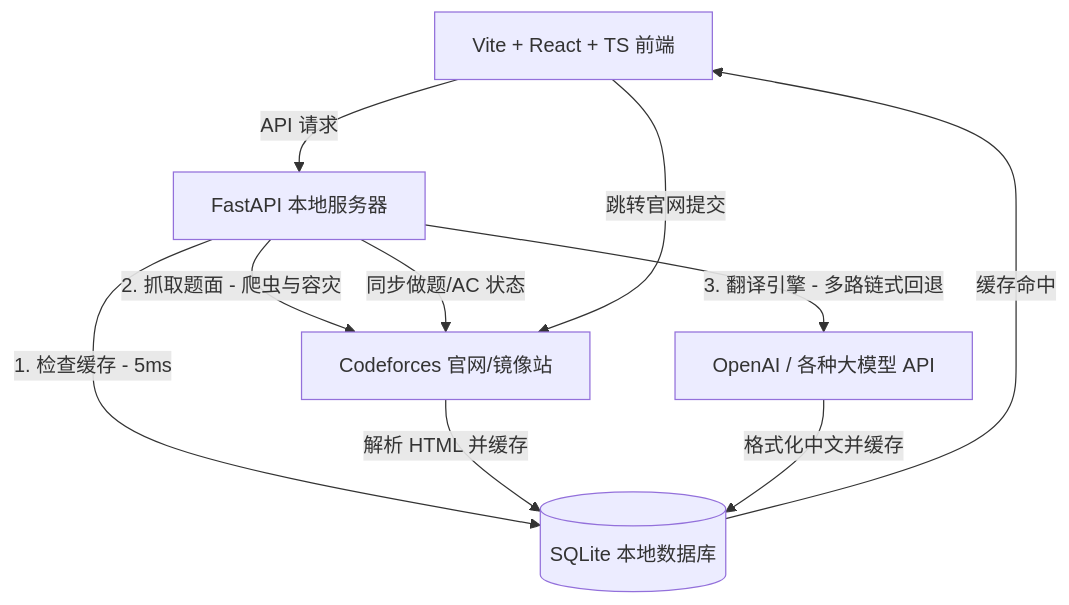
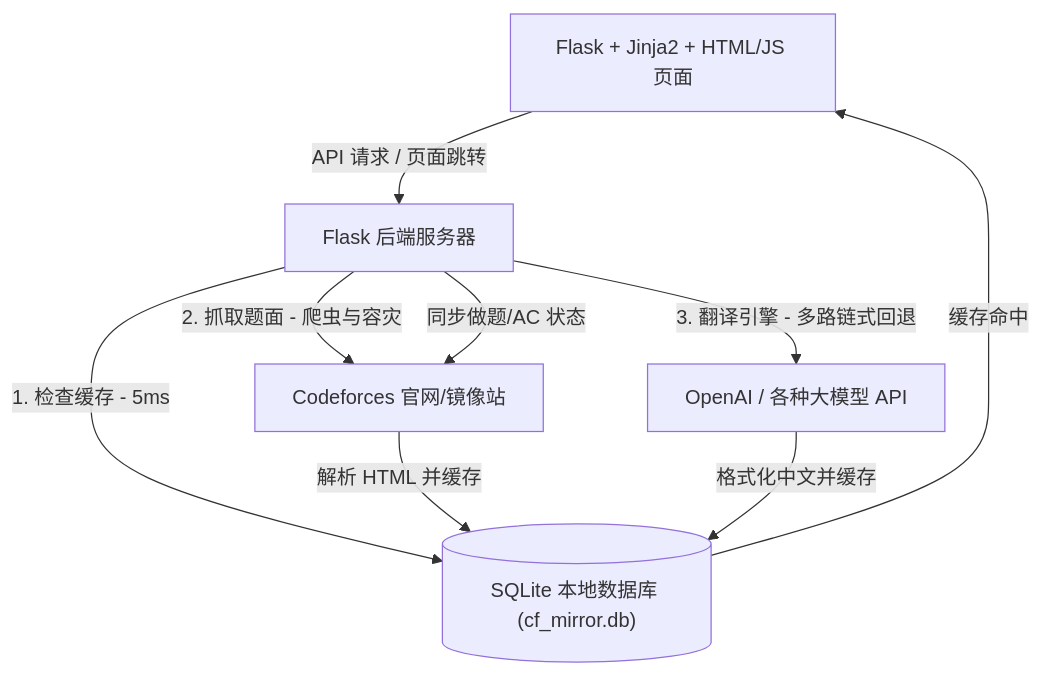
The diagram in README.md (Aemeath233/codeforces-zh), drawn with Mermaid before and after one commit. The commit also changed other lines of this file and 45 other files, not shown here.

Commit message:
refactor: migrate FastAPI+React to unified Flask+Jinja2 architecture, simplify deployment and remove Node.js dependencies

````diff
--- a/README.md
+++ b/README.md
@@ -20,12 +20,11 @@
 ```mermaid
 graph TD
-    A["Vite + React + TS 前端"] -->|API 请求| B["FastAPI 本地服务器"]
-    B -->|1. 检查缓存 - 5ms| C[("SQLite 本地数据库")]
+    A["Flask + Jinja2 + HTML/JS 页面"] -->|API 请求 / 页面跳转| B["Flask 后端服务器"]
+    B -->|1. 检查缓存 - 5ms| C[("SQLite 本地数据库 (cf_mirror.db)")]
     B -->|2. 抓取题面 - 爬虫与容灾| D["Codeforces 官网/镜像站"]
     B -->|3. 翻译引擎 - 多路链式回退| E["OpenAI / 各种大模型 API"]
     C -->|缓存命中| A
     D -->|解析 HTML 并缓存| C
     E -->|格式化中文并缓存| C
     B -->|同步做题/AC 状态| D
-    A -->|跳转官网提交| D
 ```
````
